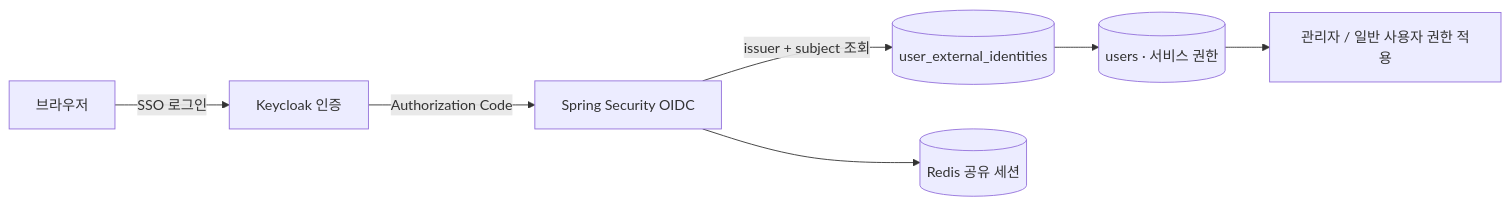
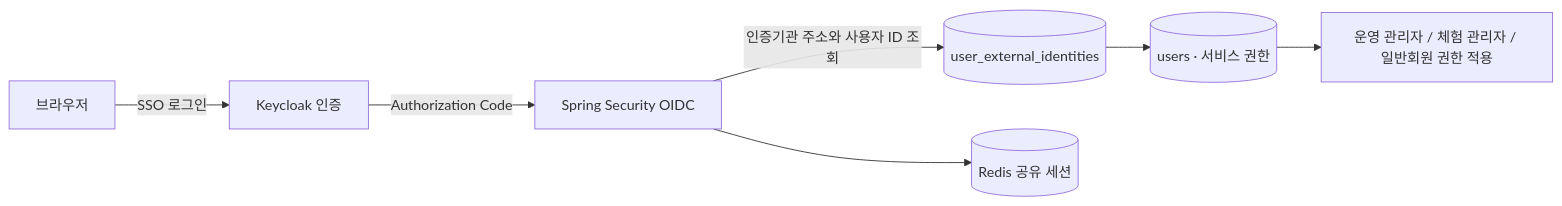
One commit to whdcks0101-beep/admin-api changed the third of 3 diagrams in docs/portfolio/architecture.md. Above: the diagram before and after it, drawn with Mermaid. The commit also changed other lines of this file and 6 other files, not shown here.

````diff
--- a/docs/portfolio/architecture.md
+++ b/docs/portfolio/architecture.md
@@ -55,9 +55,9 @@
 ```mermaid
 flowchart LR
   B[브라우저] -->|SSO 로그인| K[Keycloak 인증]
   K -->|Authorization Code| A[Spring Security OIDC]
-  A -->|issuer + subject 조회| L[(user_external_identities)]
+  A -->|인증기관 주소와 사용자 ID 조회| L[(user_external_identities)]
   L --> U[(users · 서비스 권한)]
-  U --> S[관리자 / 일반 사용자 권한 적용]
+  U --> S[운영 관리자 / 체험 관리자 / 일반회원 권한 적용]
   A --> R[(Redis 공유 세션)]
 ```
````
